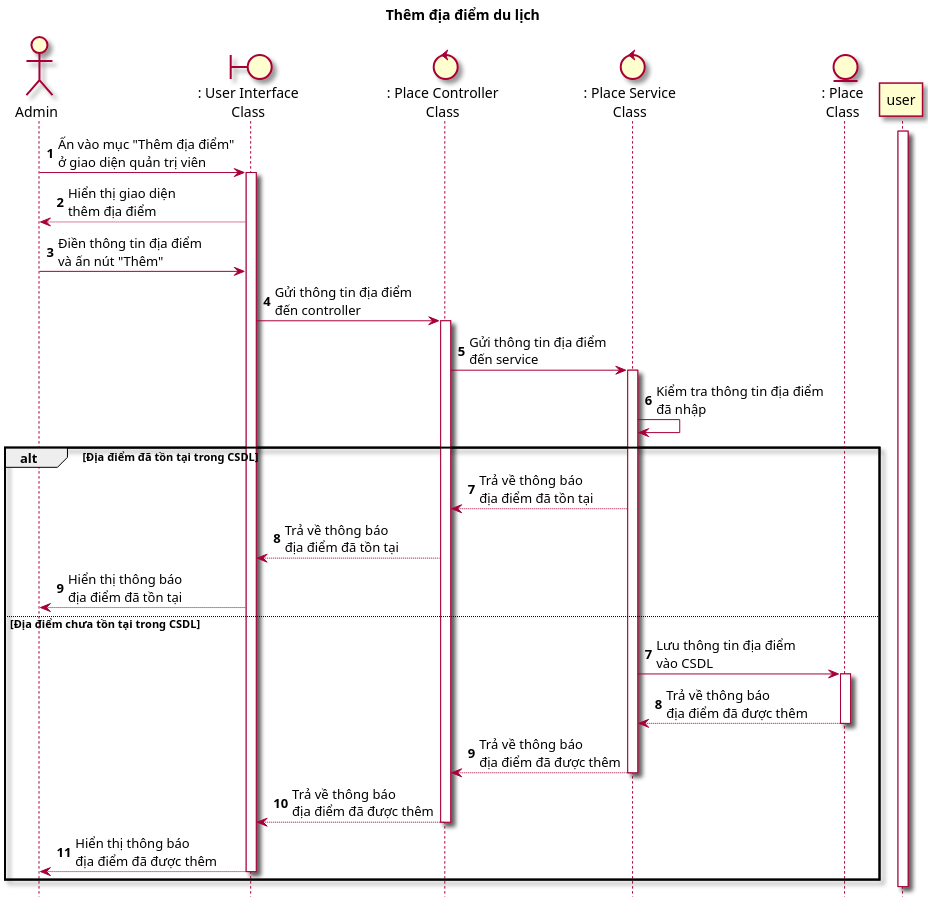
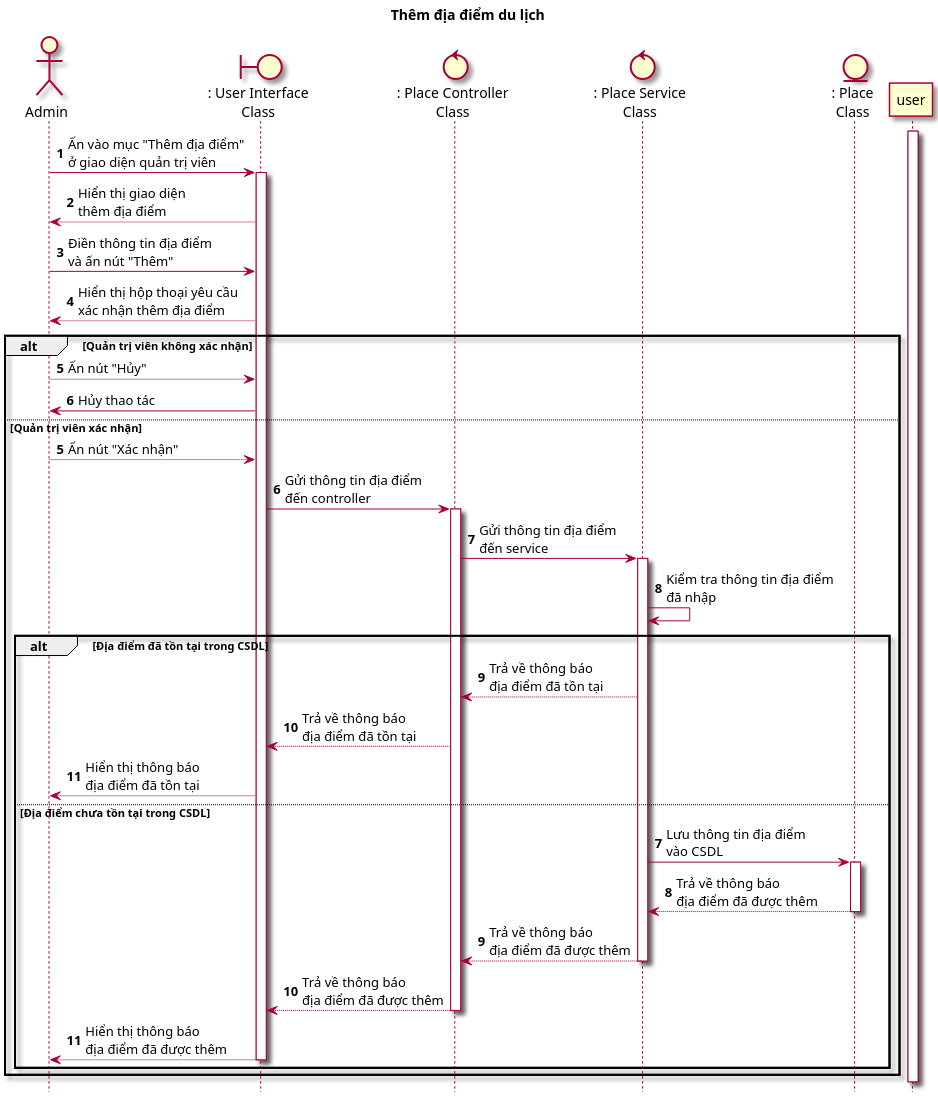
The diagram in Sequence/SEQ11_AddPlaces.puml (Griselda4774/WanderFun_Diagram), drawn with PlantUML before and after one commit. The commit also changed 2 other files, not shown here.

Commit message:
minor changes to some seq diagram

```diff
--- a/Sequence/SEQ11_AddPlaces.puml
+++ b/Sequence/SEQ11_AddPlaces.puml
@@ -1,48 +1,57 @@
 @startuml AddPlaces
 
     title Thêm địa điểm du lịch
 
     skin rose
     scale 2
     hide footbox
 
     actor "Admin" as ad
     boundary ": User Interface\nClass" as ui
     control ": Place Controller\nClass" as pc
     control ": Place Service\nClass" as ps
     entity ": Place\nClass" as p
 
     autonumber
 
     user ++
     ad -> ui : Ấn vào mục "Thêm địa điểm"\nở giao diện quản trị viên
     ui ++
     ui --> ad : Hiển thị giao diện\nthêm địa điểm
     ad -> ui : Điền thông tin địa điểm\nvà ấn nút "Thêm"
-    ui -> pc : Gửi thông tin địa điểm\nđến controller
-    pc ++
-    pc -> ps : Gửi thông tin địa điểm\nđến service
-    ps ++
-    ps -> ps : Kiểm tra thông tin địa điểm\nđã nhập
-    alt Địa điểm đã tồn tại trong CSDL
-        ps --> pc : Trả về thông báo\nđịa điểm đã tồn tại
-        pc --> ui : Trả về thông báo\nđịa điểm đã tồn tại
-        ui --> ad : Hiển thị thông báo\nđịa điểm đã tồn tại
-    else Địa điểm chưa tồn tại trong CSDL
+    ui --> ad : Hiển thị hộp thoại yêu cầu\nxác nhận thêm địa điểm
 
-        autonumber 7
+    alt Quản trị viên không xác nhận
+        ad --> ui : Ấn nút "Hủy"
+        ui -> ad : Hủy thao tác
+    else Quản trị viên xác nhận
+        autonumber 5
+        ad --> ui : Ấn nút "Xác nhận"
+        ui -> pc : Gửi thông tin địa điểm\nđến controller
+        pc ++
+        pc -> ps : Gửi thông tin địa điểm\nđến service
+        ps ++
+        ps -> ps : Kiểm tra thông tin địa điểm\nđã nhập
+        alt Địa điểm đã tồn tại trong CSDL
+            ps --> pc : Trả về thông báo\nđịa điểm đã tồn tại
+            pc --> ui : Trả về thông báo\nđịa điểm đã tồn tại
+            ui --> ad : Hiển thị thông báo\nđịa điểm đã tồn tại
+        else Địa điểm chưa tồn tại trong CSDL
 
-        ps -> p : Lưu thông tin địa điểm\nvào CSDL
-        p++
-        p --> ps : Trả về thông báo\nđịa điểm đã được thêm
-        p --
-        ps --> pc : Trả về thông báo\nđịa điểm đã được thêm
-        ps --
-        pc --> ui : Trả về thông báo\nđịa điểm đã được thêm
-        pc --
-        ui --> ad : Hiển thị thông báo\nđịa điểm đã được thêm
-        ui --
+            autonumber 7
+
+            ps -> p : Lưu thông tin địa điểm\nvào CSDL
+            p++
+            p --> ps : Trả về thông báo\nđịa điểm đã được thêm
+            p --
+            ps --> pc : Trả về thông báo\nđịa điểm đã được thêm
+            ps --
+            pc --> ui : Trả về thông báo\nđịa điểm đã được thêm
+            pc --
+            ui --> ad : Hiển thị thông báo\nđịa điểm đã được thêm
+            ui --
+        end
     end
     user --
 
 @enduml
```
